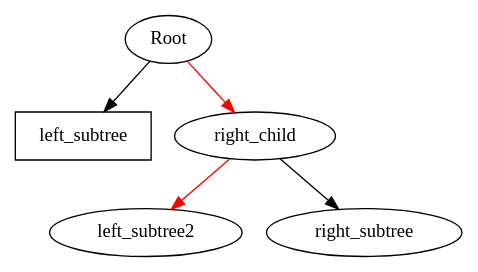
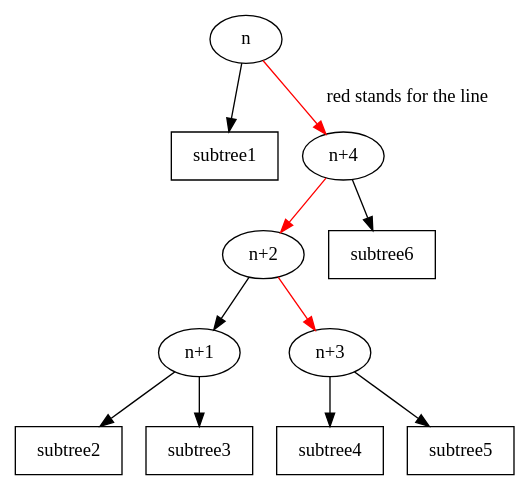
The diagram in assignments/ch4.1/ch4.1_6.gv (brillliantz/DataStructure_Algorithm), drawn with Graphviz before and after one commit. The commit also changed 5 other files, not shown here.

```diff
--- a/assignments/ch4.1/ch4.1_6.gv
+++ b/assignments/ch4.1/ch4.1_6.gv
@@ -1,8 +1,14 @@
 digraph G {
-    Root -> left_subtree;
-    Root -> right_child [color=red];
-    left_subtree [shape=record]
-    right_child -> left_subtree2 [color=red];
-    right_child -> right_subtree;
+    graph [ordering="out"]
+    n -> subtree1;
+    n -> "n+4" [color=red, label="red stands for the line"];
+    "n+4" -> "n+2" [color=red];
+    "n+4" -> subtree6;
+    "n+2" -> "n+1";
+    "n+2" -> "n+3" [color=red];
+    "n+1" -> subtree2, subtree3;
+    "n+3" -> subtree4, subtree5;
+    subtree1, subtree2, subtree3 [shape=record]
+    subtree4, subtree5, subtree6 [shape=record]
 
 }
```
